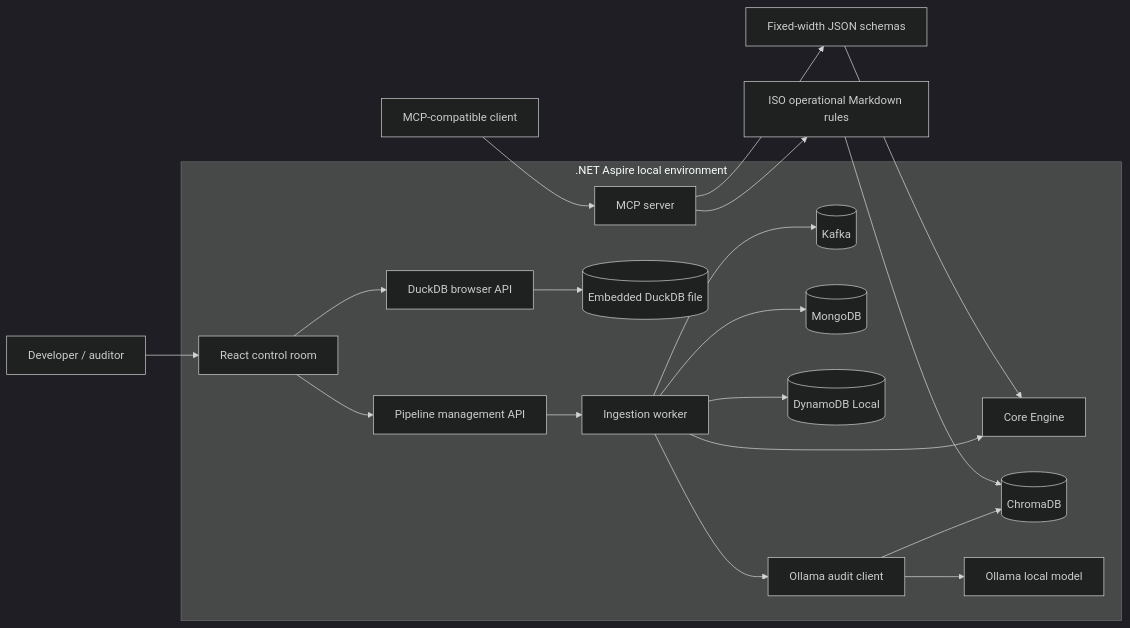
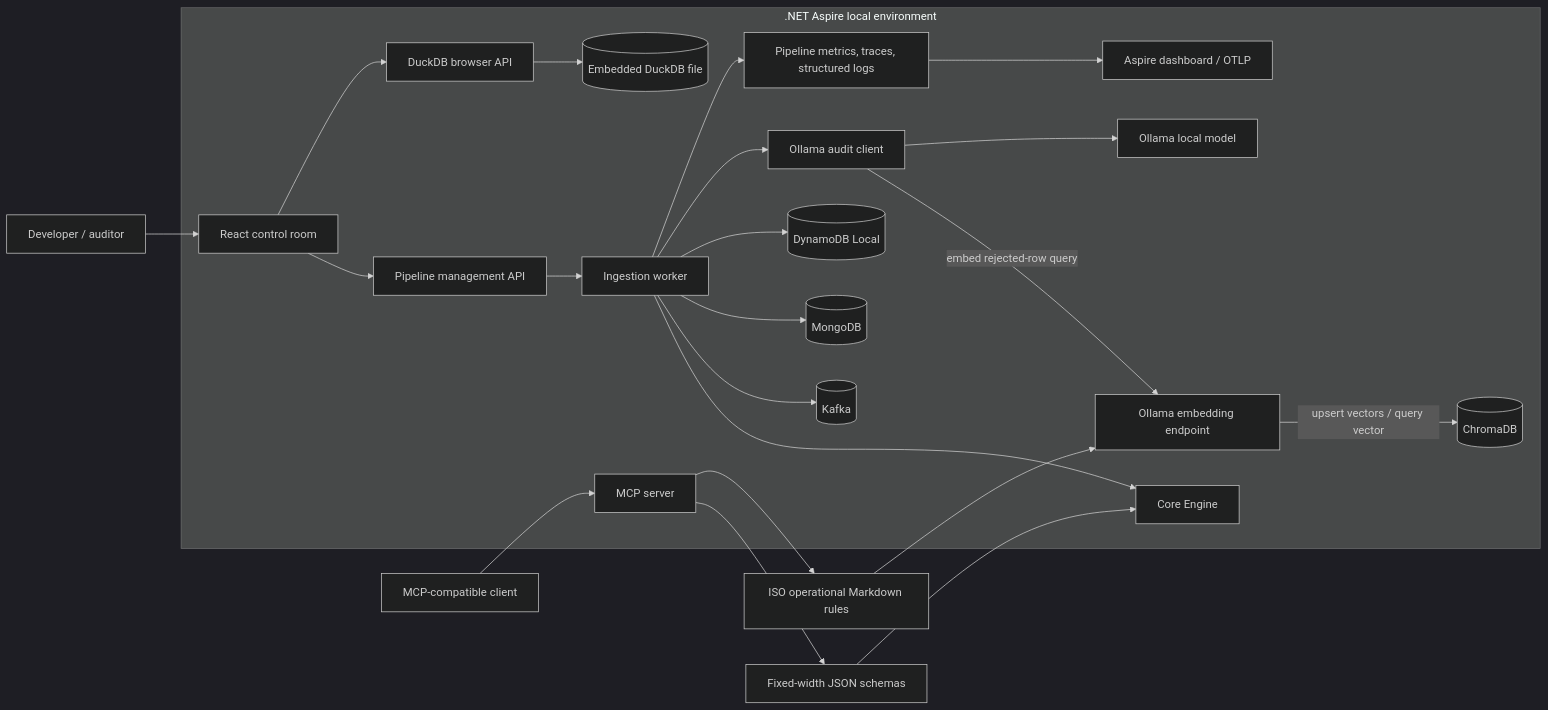
Before and after one commit to maxzhdanov/data-agent: the first of 7 diagrams in docs/ARCHITECTURE.md, drawn with Mermaid (dark theme). The commit also changed other lines of this file and 23 other files, not shown here.

First line of the commit message:
Improve local AI audit flow and Aspire observability

````diff
--- a/docs/ARCHITECTURE.md
+++ b/docs/ARCHITECTURE.md
@@ -11,40 +11,46 @@
 ```mermaid
 flowchart LR
     Dev[Developer / auditor]
     subgraph Aspire[.NET Aspire local environment]
         UI[React control room]
         API[Pipeline management API]
         Worker[Ingestion worker]
         Core[Core Engine]
         Kafka[(Kafka)]
         Mongo[(MongoDB)]
         Dynamo[(DynamoDB Local)]
         Chroma[(ChromaDB)]
         Ollama[Ollama local model]
+        Embedder[Ollama embedding endpoint]
         Audit[Ollama audit client]
+        Telemetry[Pipeline metrics, traces, structured logs]
+        Dashboard[Aspire dashboard / OTLP]
         DuckAPI[DuckDB browser API]
         Duck[(Embedded DuckDB file)]
         MCP[MCP server]
     end
     Rules[ISO operational Markdown rules]
     Schema[Fixed-width JSON schemas]
     MCPClient[MCP-compatible client]
 
     Dev --> UI
     UI --> API
     UI --> DuckAPI
     API --> Worker
     Worker --> Core
     Worker --> Kafka
     Worker --> Mongo
     Worker --> Dynamo
     Worker --> Audit
-    Audit --> Chroma
+    Audit -->|embed rejected-row query| Embedder
+    Embedder -->|upsert vectors / query vector| Chroma
     Audit --> Ollama
-    Rules --> Chroma
+    Worker --> Telemetry
+    Telemetry --> Dashboard
+    Rules --> Embedder
     Schema --> Core
     DuckAPI --> Duck
     MCPClient --> MCP
     MCP --> Schema
     MCP --> Rules
 ```
````
